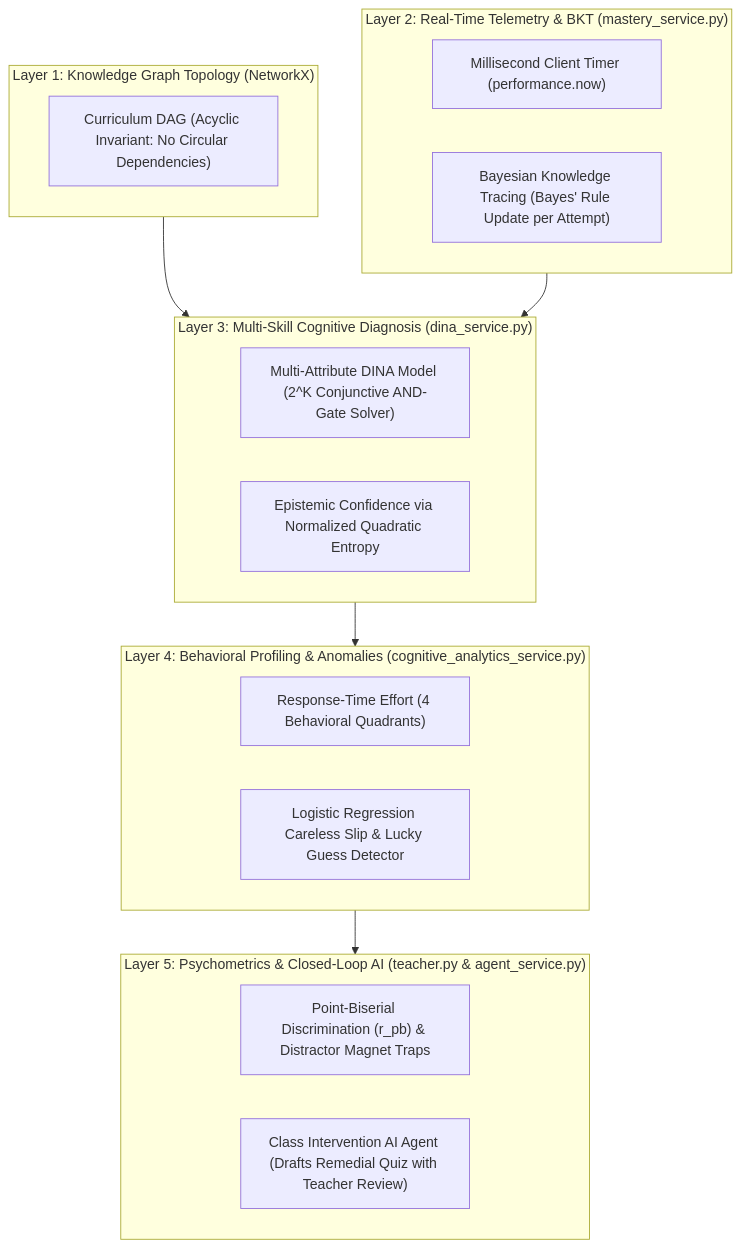
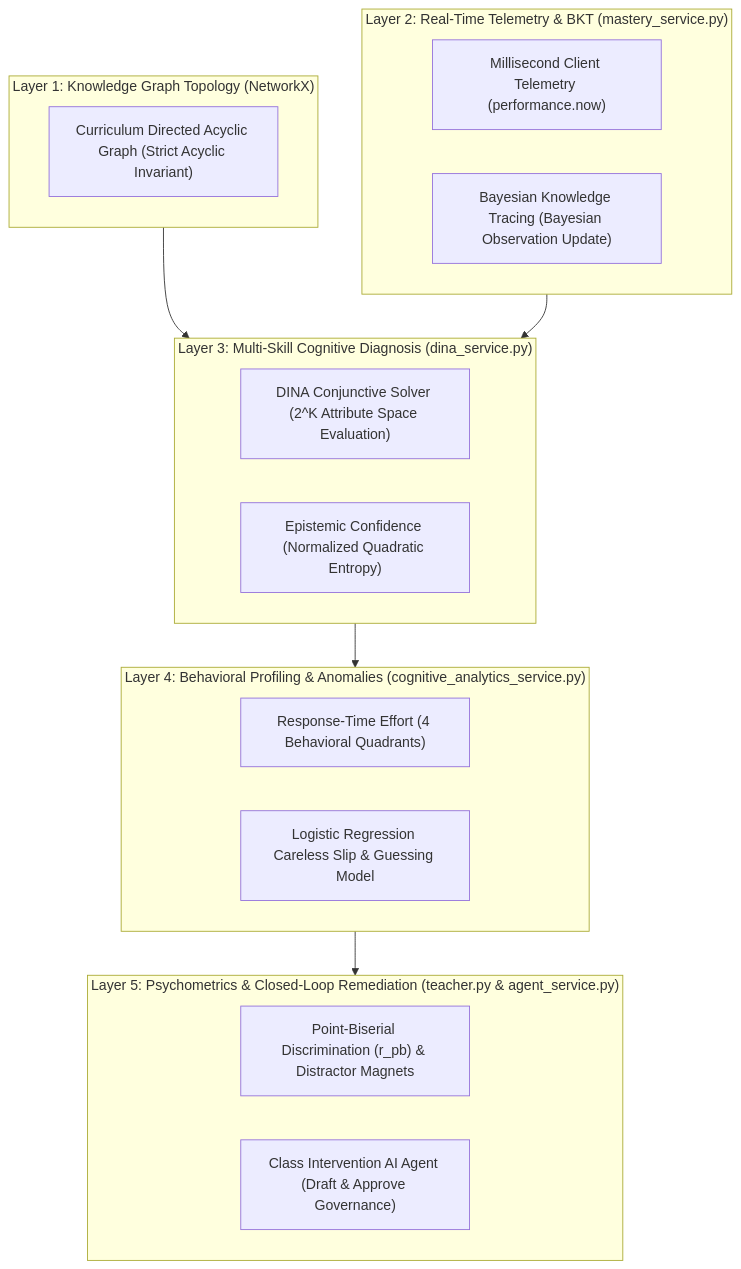
One commit to AHAD3107/MCQ-analysis changed the diagram in TEACHERS_PANEL_PRESENTATION_GUIDE.md. Above: the diagram before and after it, drawn with Mermaid. The commit also changed other lines of this file, not shown here.

````diff
--- a/TEACHERS_PANEL_PRESENTATION_GUIDE.md
+++ b/TEACHERS_PANEL_PRESENTATION_GUIDE.md
@@ -32,31 +43,31 @@
 ```mermaid
 flowchart TD
-    subgraph L1["Layer 1: Knowledge Graph Topology (NetworkX)"]
-        G1["Curriculum DAG (Acyclic Invariant: No Circular Dependencies)"]
+    subgraph Layer1["Layer 1: Knowledge Graph Topology (NetworkX)"]
+        DAG["Curriculum Directed Acyclic Graph (Strict Acyclic Invariant)"]
     end
 
-    subgraph L2["Layer 2: Real-Time Telemetry & BKT (mastery_service.py)"]
-        T1["Millisecond Client Timer (performance.now)"]
-        BKT["Bayesian Knowledge Tracing (Bayes' Rule Update per Attempt)"]
+    subgraph Layer2["Layer 2: Real-Time Telemetry & BKT (mastery_service.py)"]
+        Timer["Millisecond Client Telemetry (performance.now)"]
+        BKT["Bayesian Knowledge Tracing (Bayesian Observation Update)"]
     end
 
-    subgraph L3["Layer 3: Multi-Skill Cognitive Diagnosis (dina_service.py)"]
-        DINA["Multi-Attribute DINA Model (2^K Conjunctive AND-Gate Solver)"]
-        ENT["Epistemic Confidence via Normalized Quadratic Entropy"]
+    subgraph Layer3["Layer 3: Multi-Skill Cognitive Diagnosis (dina_service.py)"]
+        DINA["DINA Conjunctive Solver (2^K Attribute Space Evaluation)"]
+        Entropy["Epistemic Confidence (Normalized Quadratic Entropy)"]
     end
 
-    subgraph L4["Layer 4: Behavioral Profiling & Anomalies (cognitive_analytics_service.py)"]
+    subgraph Layer4["Layer 4: Behavioral Profiling & Anomalies (cognitive_analytics_service.py)"]
         RTE["Response-Time Effort (4 Behavioral Quadrants)"]
-        LR["Logistic Regression Careless Slip & Lucky Guess Detector"]
+        Logit["Logistic Regression Careless Slip & Guessing Model"]
     end
 
-    subgraph L5["Layer 5: Psychometrics & Closed-Loop AI (teacher.py & agent_service.py)"]
-        PBI["Point-Biserial Discrimination (r_pb) & Distractor Magnet Traps"]
-        AI["Class Intervention AI Agent (Drafts Remedial Quiz with Teacher Review)"]
+    subgraph Layer5["Layer 5: Psychometrics & Closed-Loop Remediation (teacher.py & agent_service.py)"]
+        ItemStat["Point-Biserial Discrimination (r_pb) & Distractor Magnets"]
+        Agent["Class Intervention AI Agent (Draft & Approve Governance)"]
     end
 
-    L1 --> L3
-    L2 --> L3
-    L3 --> L4
-    L4 --> L5
+    Layer1 --> Layer3
+    Layer2 --> Layer3
+    Layer3 --> Layer4
+    Layer4 --> Layer5
 ```
````
